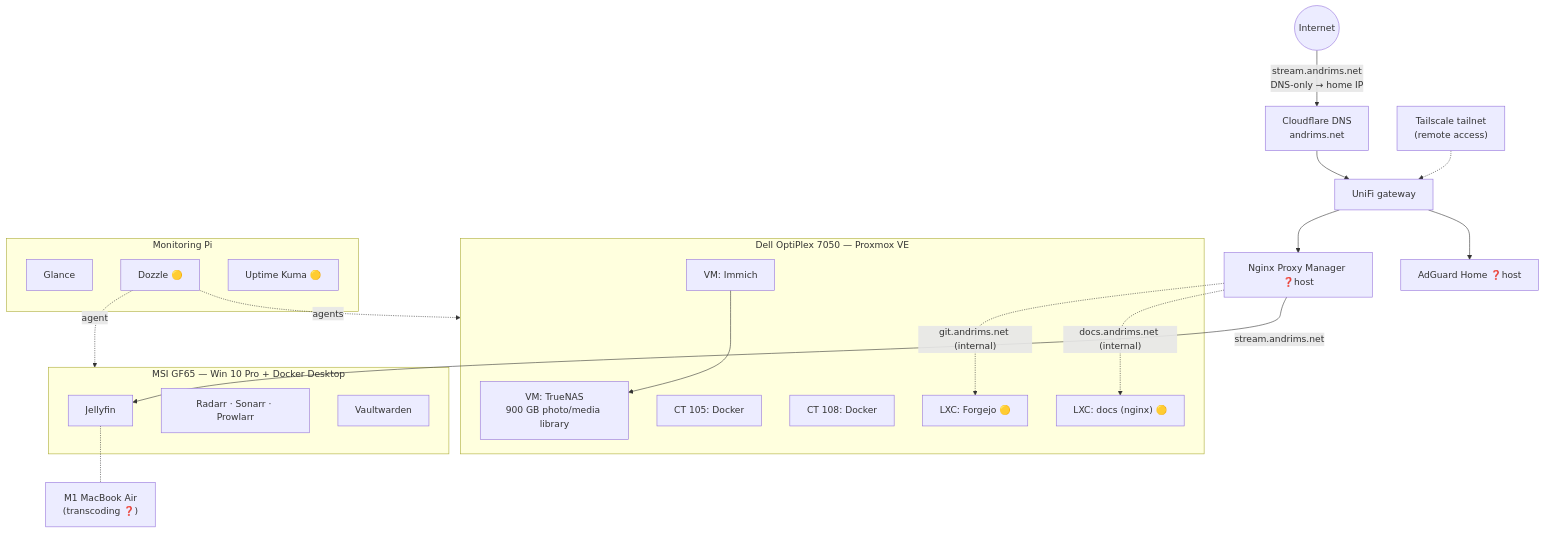
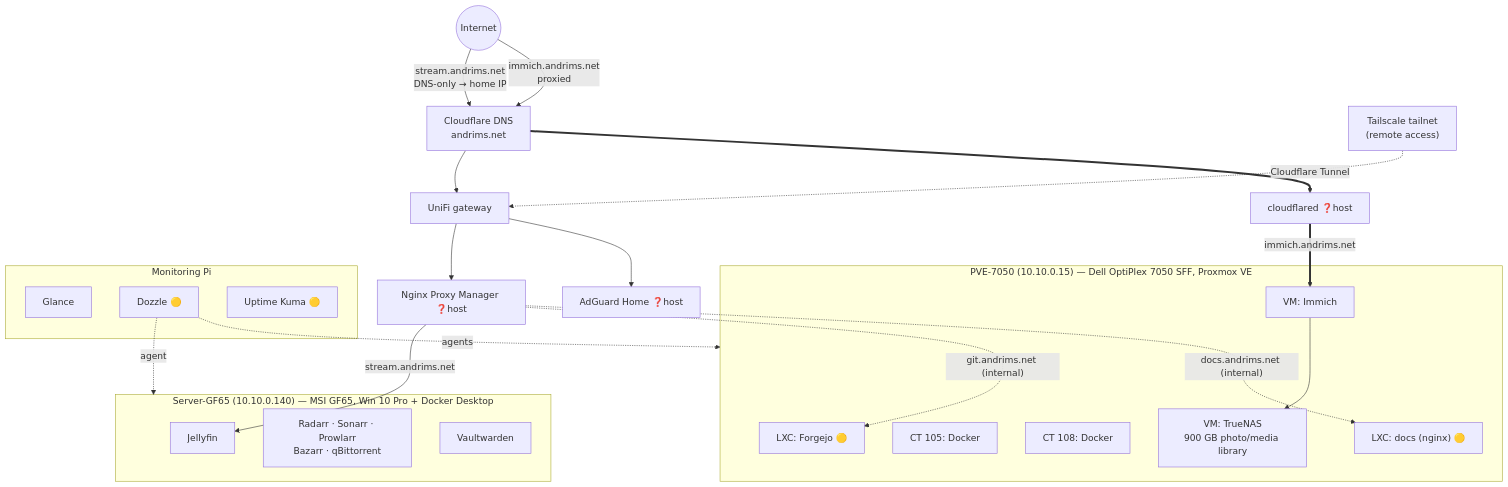
Before and after one commit to Aulteran/homelab-docs: the diagram in docs/index.md, drawn with Mermaid. The commit also changed other lines of this file and 28 other files, not shown here.

````diff
--- a/docs/index.md
+++ b/docs/index.md
@@ -37,44 +39,44 @@
 ```mermaid
 flowchart TB
     internet((Internet))
     cf["Cloudflare DNS<br/>andrims.net"]
     ts["Tailscale tailnet<br/>(remote access)"]
 
     internet -->|"stream.andrims.net<br/>DNS-only → home IP"| cf
+    internet -->|"immich.andrims.net<br/>proxied"| cf
     cf --> unifi["UniFi gateway"]
+    cf ==>|"Cloudflare Tunnel"| cfd["cloudflared ❓host"]
     ts -.-> unifi
 
     unifi --> npm["Nginx Proxy Manager ❓host"]
     unifi --> adguard["AdGuard Home ❓host"]
 
-    subgraph pve["Dell OptiPlex 7050 — Proxmox VE"]
+    subgraph pve["PVE-7050 (10.10.0.15) — Dell OptiPlex 7050 SFF, Proxmox VE"]
         truenas["VM: TrueNAS<br/>900 GB photo/media library"]
         immich["VM: Immich"]
         ct105["CT 105: Docker"]
         ct108["CT 108: Docker"]
         forgejo["LXC: Forgejo 🟡"]
         docs["LXC: docs (nginx) 🟡"]
     end
 
-    subgraph gf65["MSI GF65 — Win 10 Pro + Docker Desktop"]
+    subgraph gf65["Server-GF65 (10.10.0.140) — MSI GF65, Win 10 Pro + Docker Desktop"]
         jellyfin["Jellyfin"]
-        arr["Radarr · Sonarr · Prowlarr"]
+        arr["Radarr · Sonarr · Prowlarr<br/>Bazarr · qBittorrent"]
         vw["Vaultwarden"]
     end
 
     subgraph pi["Monitoring Pi"]
         glance["Glance"]
         dozzle["Dozzle 🟡"]
         kuma["Uptime Kuma 🟡"]
     end
 
-    mba["M1 MacBook Air<br/>(transcoding ❓)"]
-
     npm -->|stream.andrims.net| jellyfin
     npm -.->|"git.andrims.net (internal)"| forgejo
     npm -.->|"docs.andrims.net (internal)"| docs
+    cfd ==>|immich.andrims.net| immich
     immich --> truenas
-    jellyfin -.- mba
     dozzle -.->|agent| gf65
     dozzle -.->|agents| pve
 ```
````
